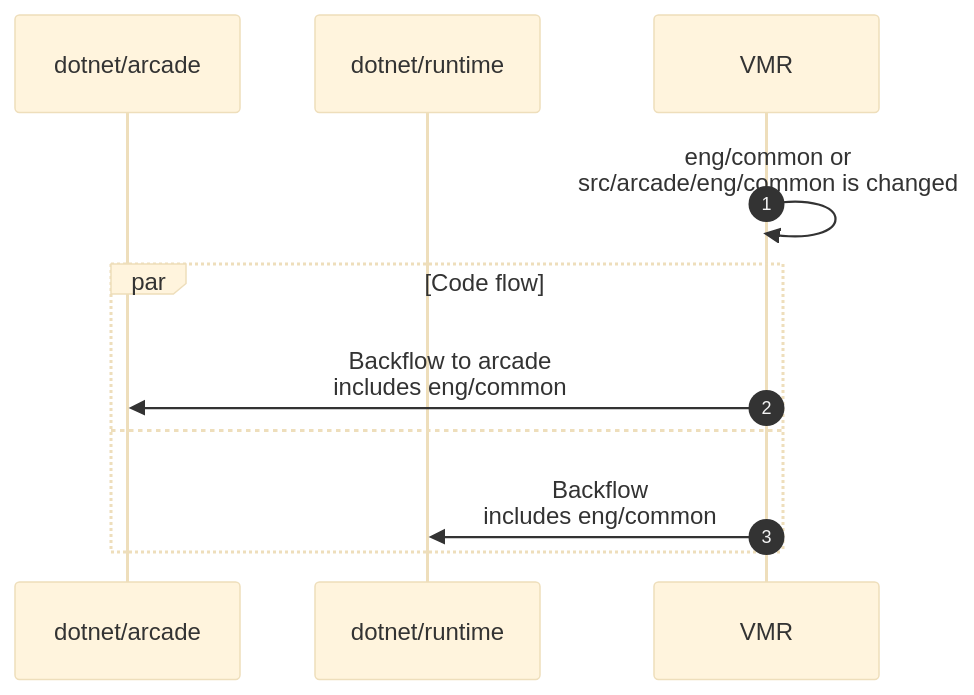
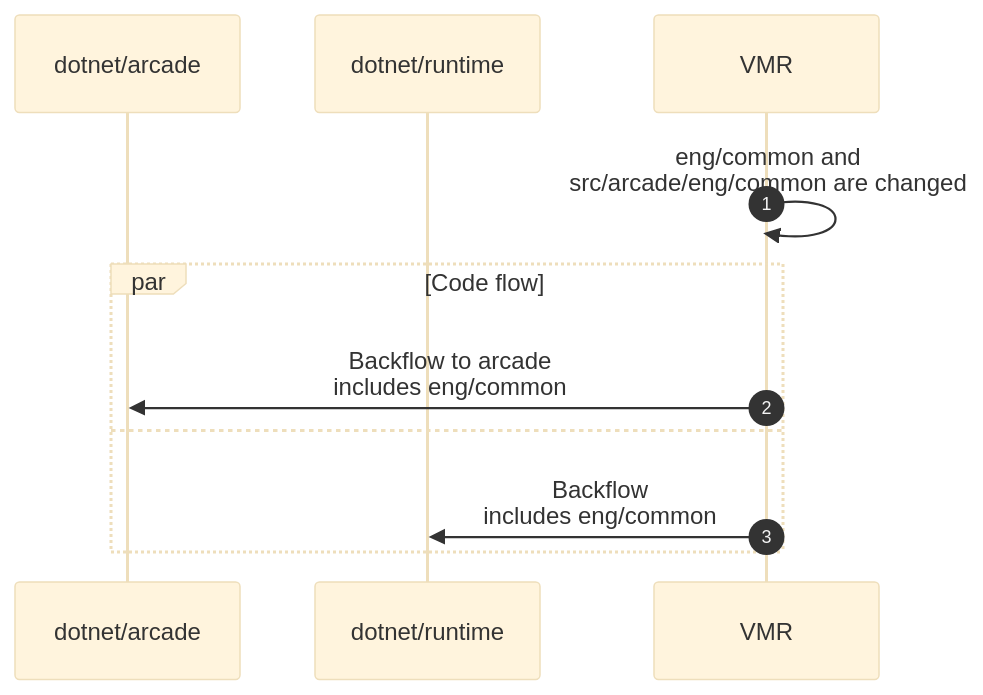
One commit to dotnet/arcade changed the seventh of 7 diagrams in Documentation/UnifiedBuild/Full-Code-Flow.md. Above: the diagram before and after it, drawn with Mermaid (base theme).

Commit message:
Fix eng/common

````diff
--- a/Documentation/UnifiedBuild/Full-Code-Flow.md
+++ b/Documentation/UnifiedBuild/Full-Code-Flow.md
@@ -253,16 +253,16 @@
 ```mermaid
 sequenceDiagram
     autonumber
 
     participant arcade as dotnet/arcade
     participant runtime as dotnet/runtime
     participant VMR as VMR
 
-    VMR->>VMR: eng/common or<br>src/arcade/eng/common is changed
+    VMR->>VMR: eng/common and<br>src/arcade/eng/common are changed
 
     par Code flow
     VMR->>arcade: Backflow to arcade<br>includes eng/common
     and
     VMR->>runtime: Backflow<br>includes eng/common
     end
 ```
````
